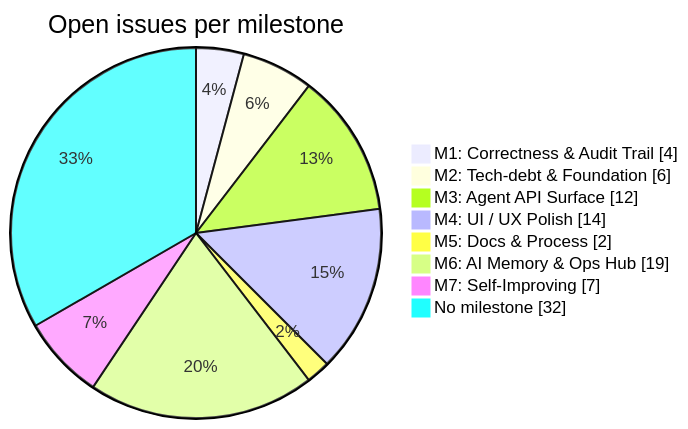
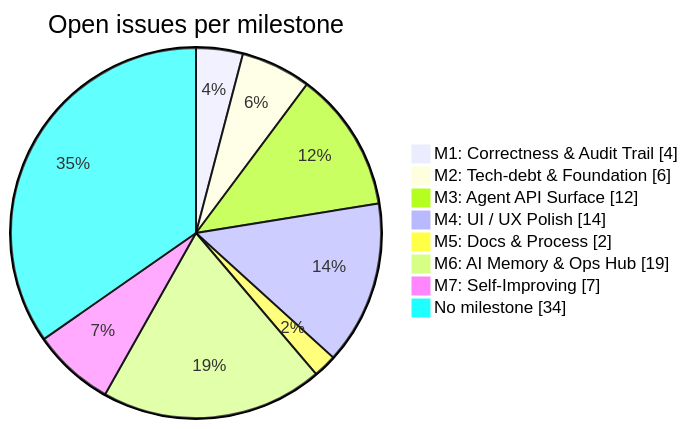
One commit to joelfuller2016/KanbanFlow-v2 changed the diagram in docs/BACKLOG.md. Above: the diagram before and after it, drawn with Mermaid. The commit also changed other lines of this file and 1 other file, not shown here.

````diff
--- a/docs/BACKLOG.md
+++ b/docs/BACKLOG.md
@@ -35,12 +44,12 @@
 ```mermaid
 pie showData
     title Open issues per milestone
     "M1: Correctness & Audit Trail" : 4
     "M2: Tech-debt & Foundation" : 6
     "M3: Agent API Surface" : 12
     "M4: UI / UX Polish" : 14
     "M5: Docs & Process" : 2
     "M6: AI Memory & Ops Hub" : 19
     "M7: Self-Improving" : 7
-    "No milestone" : 32
+    "No milestone" : 34
 ```
````
